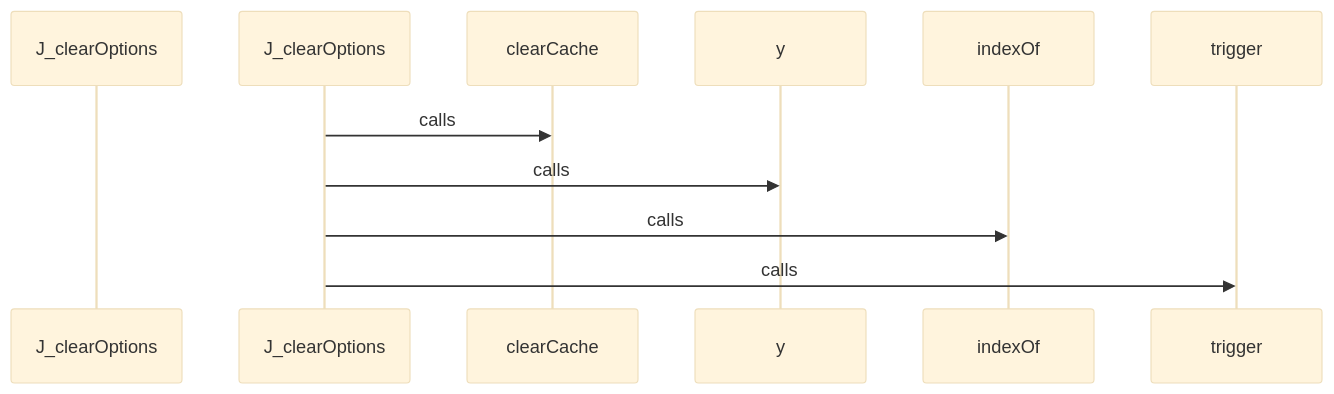
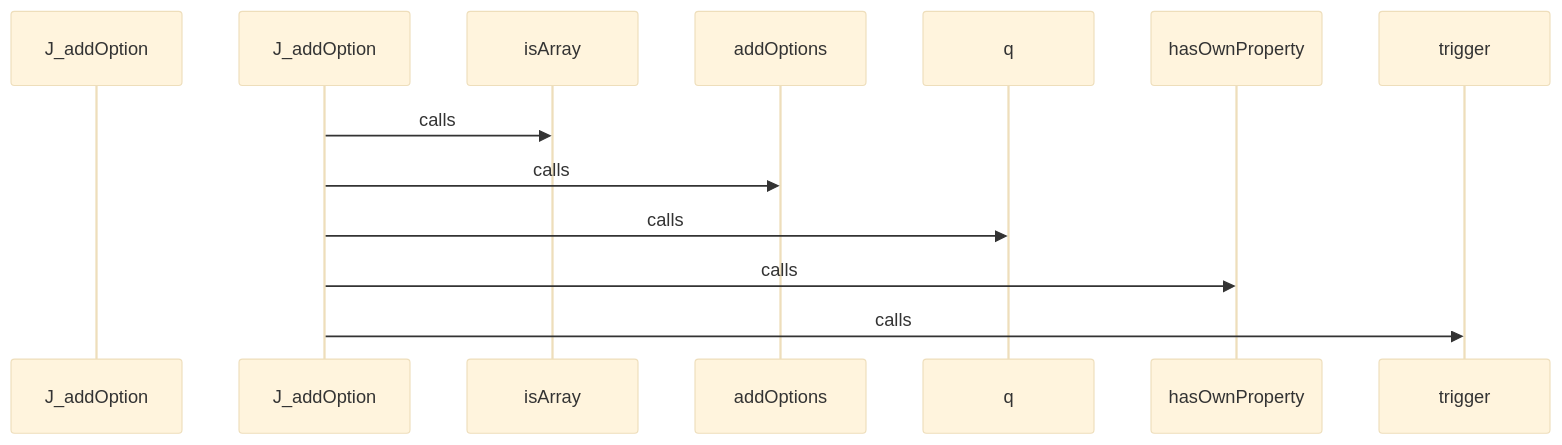
Diagram 14 of 27 in docs/CALL_FLOW.md (hazalkoom/DECODEx01), drawn with Mermaid (base theme) before and after one commit. The commit also changed other lines of this file and 12 other files, not shown here.

````diff
--- a/docs/CALL_FLOW.md
+++ b/docs/CALL_FLOW.md
@@ -717,21 +583,25 @@
 ```mermaid
 sequenceDiagram
-    participant Start as J_clearOptions
+    participant Start as J_addOption
 
 
-    J_clearOptions->>clearCache: calls
+    J_addOption->>isArray: calls
 
 
 
-    J_clearOptions->>y: calls
+    J_addOption->>addOptions: calls
 
 
 
-    J_clearOptions->>indexOf: calls
+    J_addOption->>q: calls
 
 
 
-    J_clearOptions->>trigger: calls
+    J_addOption->>hasOwnProperty: calls
+
+
+
+    J_addOption->>trigger: calls
 
 
 ```
````
